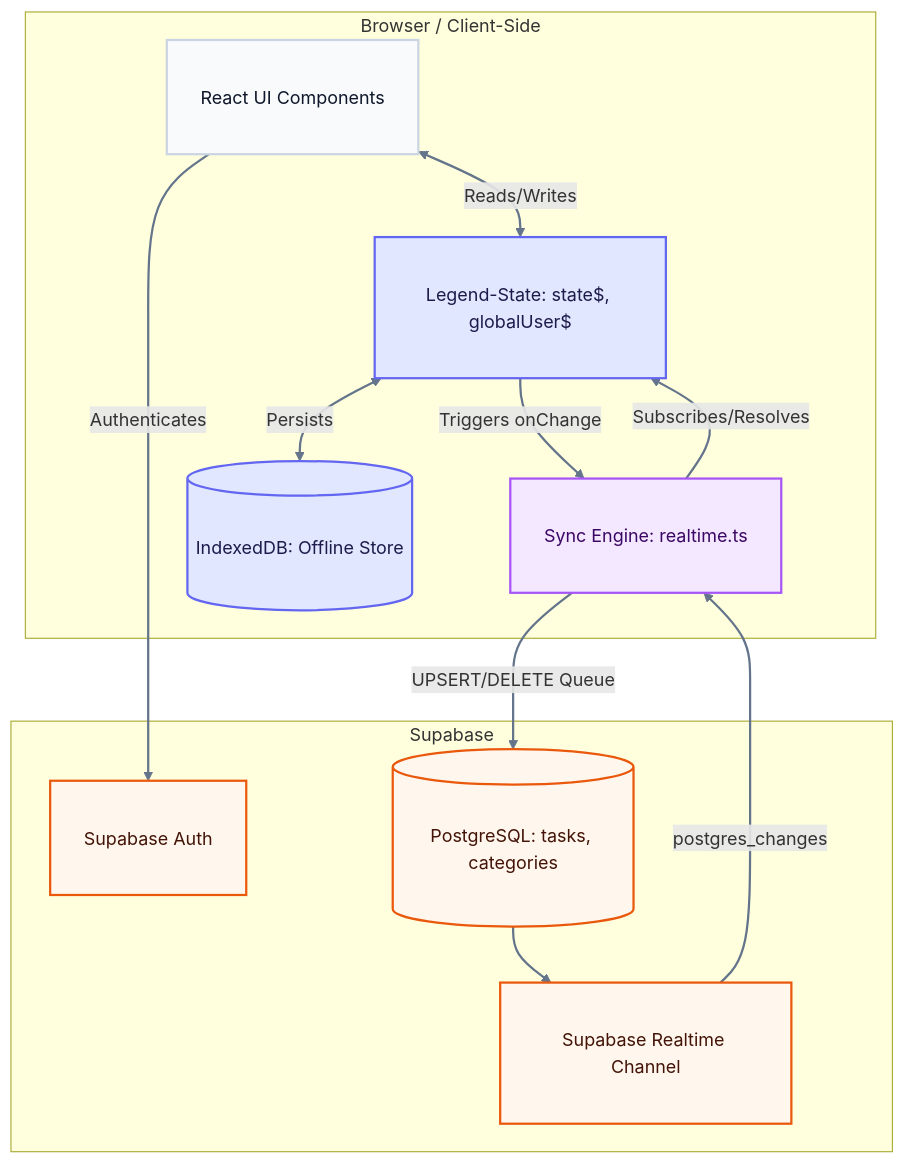
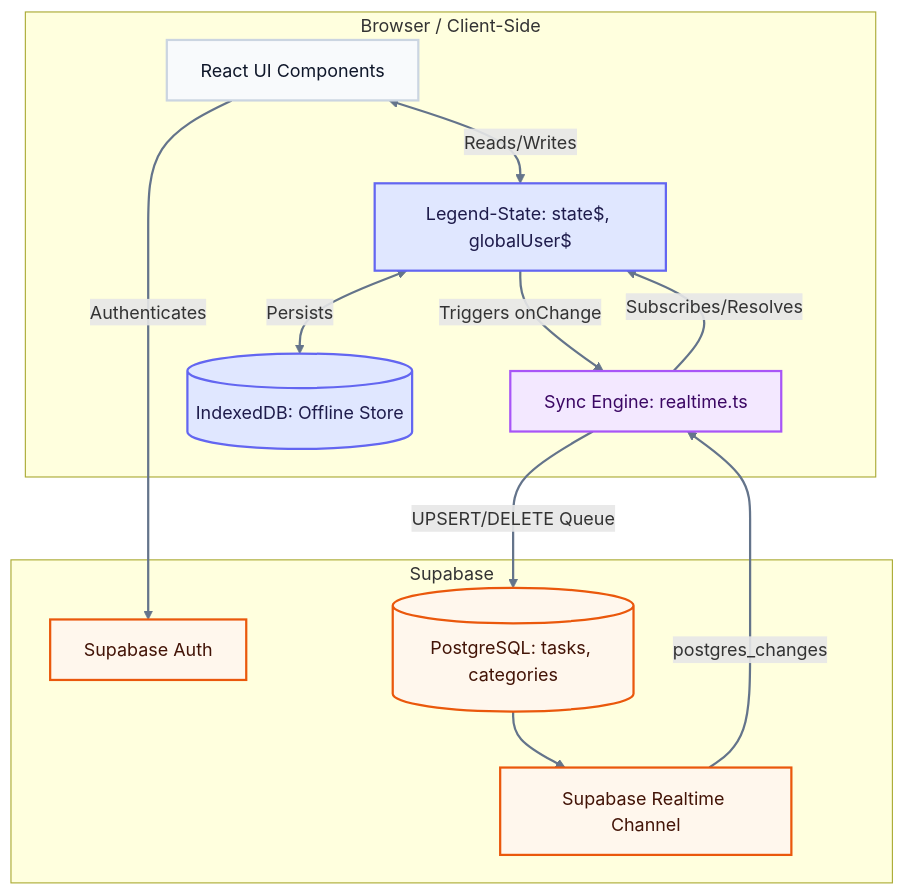
The diagram in architecture.md (Minedflayer/Task-manager), drawn with Mermaid before and after one commit.

Commit message:
refactor: remove custom padding from mermaid class definitions to prevent text clipping

````diff
--- a/architecture.md
+++ b/architecture.md
@@ -2,35 +2,35 @@
 ```mermaid
 graph TD
-    %% Define reusable style classes with explicit padding adjustments (px)
-    classDef clientStyle fill:#f8fafc,stroke:#cbd5e1,stroke-width:2px,color:#0f172a,padding:15px;
-    classDef storeStyle fill:#e0e7ff,stroke:#6366f1,stroke-width:2px,color:#1e1b4b,padding:20px;
-    classDef syncStyle fill:#f3e8ff,stroke:#a855f7,stroke-width:2px,color:#3b0764,padding:15px;
-    classDef backendStyle fill:#fff7ed,stroke:#ea580c,stroke-width:2px,color:#431407,padding:15px;
+    %% Removed custom padding from classDef to prevent text clipping
+    classDef clientStyle fill:#f8fafc,stroke:#cbd5e1,stroke-width:2px,color:#0f172a;
+    classDef storeStyle fill:#e0e7ff,stroke:#6366f1,stroke-width:2px,color:#1e1b4b;
+    classDef syncStyle fill:#f3e8ff,stroke:#a855f7,stroke-width:2px,color:#3b0764;
+    classDef backendStyle fill:#fff7ed,stroke:#ea580c,stroke-width:2px,color:#431407;
 
     subgraph Client [Browser / Client-Side]
         UI[React UI Components]:::clientStyle
         State[Legend-State: state$, globalUser$]:::storeStyle
         Sync[Sync Engine: realtime.ts]:::syncStyle
         DB[(IndexedDB: Offline Store)]:::storeStyle
     end
 
     subgraph Backend [Supabase]
         Auth[Supabase Auth]:::backendStyle
         Postgres[(PostgreSQL: tasks, categories)]:::backendStyle
         Realtime[Supabase Realtime Channel]:::backendStyle
     end
 
     %% Apply explicit links with custom arrow colors
     UI <-->|Reads/Writes| State
     State <-->|Persists| DB
     State -->|Triggers onChange| Sync
     Sync -->|Subscribes/Resolves| State
 
     UI -->|Authenticates| Auth
     Sync -->|UPSERT/DELETE Queue| Postgres
     Realtime -->|postgres_changes| Sync
     Postgres --> Realtime
 
     %% Change link line colors globally or individually
     linkStyle default stroke:#64748b,stroke-width:2px;
 ```
````
